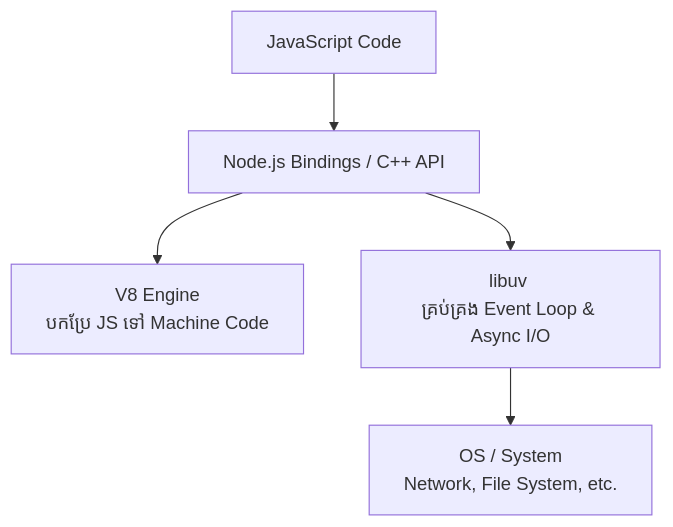
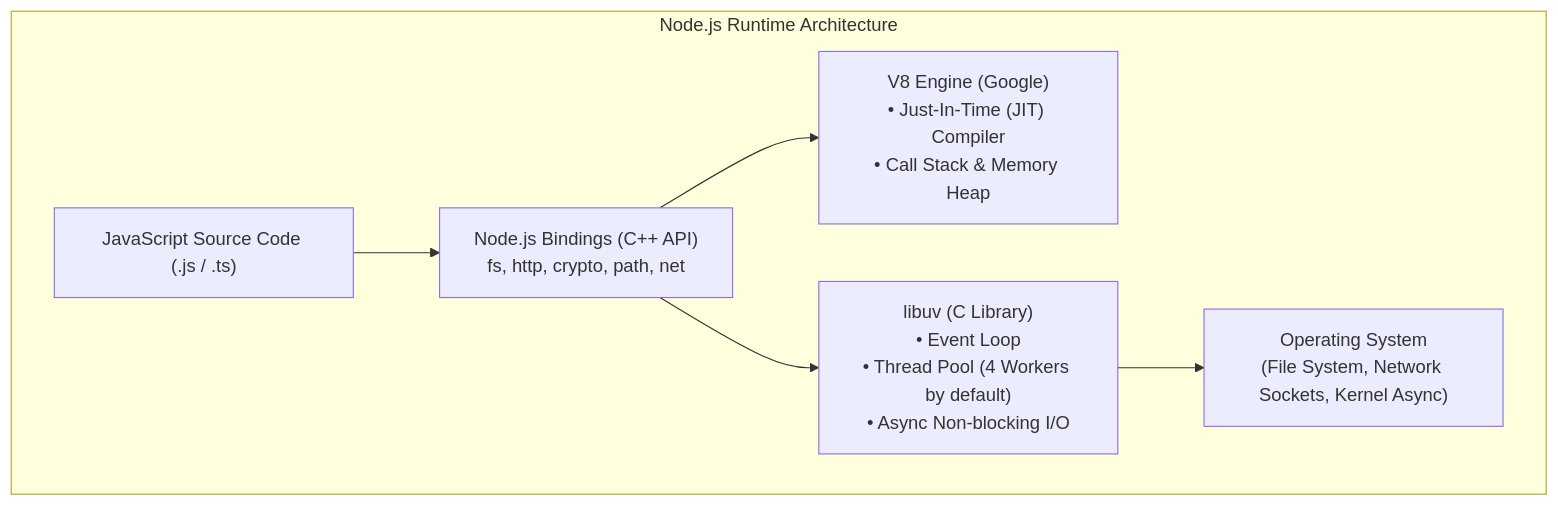
One commit to Ari-ICU/full-stack-short-coures changed the diagram in src/courses/backend/module-1-nodejs-fundamentals/01-nodejs-and-runtime.mdx. Above: the diagram before and after it, drawn with Mermaid. The commit also changed other lines of this file and 47 other files, not shown here.

Commit message:
refactor: rename backend-architecture directory to backend and update path references across all course modules

````diff
--- a/src/courses/backend/module-1-nodejs-fundamentals/01-nodejs-and-runtime.mdx
+++ b/src/courses/backend/module-1-nodejs-fundamentals/01-nodejs-and-runtime.mdx
@@ -21,7 +28,15 @@
 ```mermaid
 graph TD
-    JS[JavaScript Code] --> NODE[Node.js Bindings / C++ API]
-    NODE --> V8[V8 Engine <br/>បកប្រែ JS ទៅ Machine Code]
-    NODE --> LIBUV[libuv <br/>គ្រប់គ្រង Event Loop & Async I/O]
-    LIBUV --> OS[OS / System <br/>Network, File System, etc.]
+    subgraph "Node.js Runtime Architecture"
+        JS["JavaScript Source Code (.js / .ts)"]
+        V8["V8 Engine (Google)<br/>• Just-In-Time (JIT) Compiler<br/>• Call Stack & Memory Heap"]
+        BIND["Node.js Bindings (C++ API)<br/>fs, http, crypto, path, net"]
+        LIBUV["libuv (C Library)<br/>• Event Loop<br/>• Thread Pool (4 Workers by default)<br/>• Async Non-blocking I/O"]
+        OS["Operating System<br/>(File System, Network Sockets, Kernel Async)"]
+        
+        JS --> BIND
+        BIND --> V8
+        BIND --> LIBUV
+        LIBUV --> OS
+    end
 ```
````
